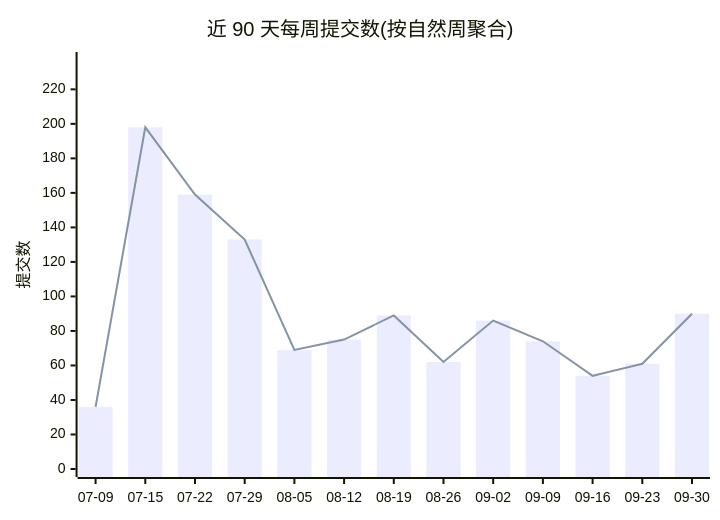
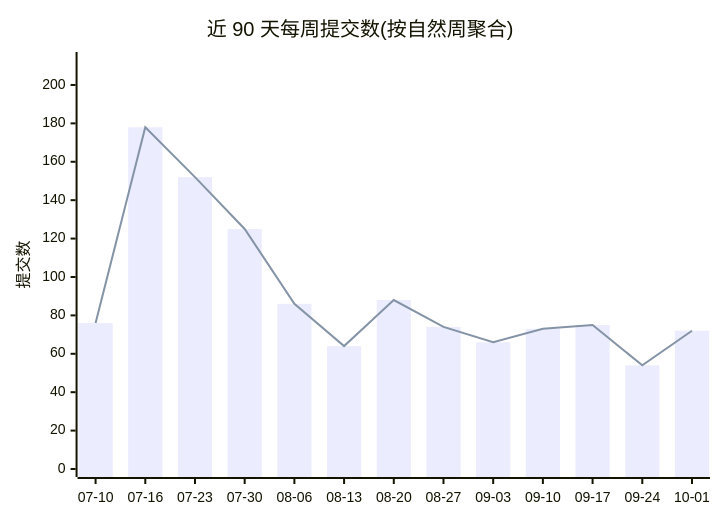
One commit to Conflux-Union/.github changed the first of 2 diagrams in profile/README.md. Above: the diagram before and after it, drawn with Mermaid. The commit also changed other lines of this file and 1 other file, not shown here.

````diff
--- a/profile/README.md
+++ b/profile/README.md
@@ -44,8 +44,8 @@
 ```mermaid
 xychart-beta
     title "近 90 天每周提交数(按自然周聚合)"
-    x-axis ["07-09", "07-15", "07-22", "07-29", "08-05", "08-12", "08-19", "08-26", "09-02", "09-09", "09-16", "09-23", "09-30"]
-    y-axis "提交数" 0 --> 237
-    bar [36, 198, 159, 133, 69, 75, 89, 62, 86, 74, 54, 61, 90]
-    line [36, 198, 159, 133, 69, 75, 89, 62, 86, 74, 54, 61, 90]
+    x-axis ["07-10", "07-16", "07-23", "07-30", "08-06", "08-13", "08-20", "08-27", "09-03", "09-10", "09-17", "09-24", "10-01"]
+    y-axis "提交数" 0 --> 213
+    bar [76, 178, 152, 125, 86, 64, 88, 74, 66, 73, 75, 54, 72]
+    line [76, 178, 152, 125, 86, 64, 88, 74, 66, 73, 75, 54, 72]
 ```
````
